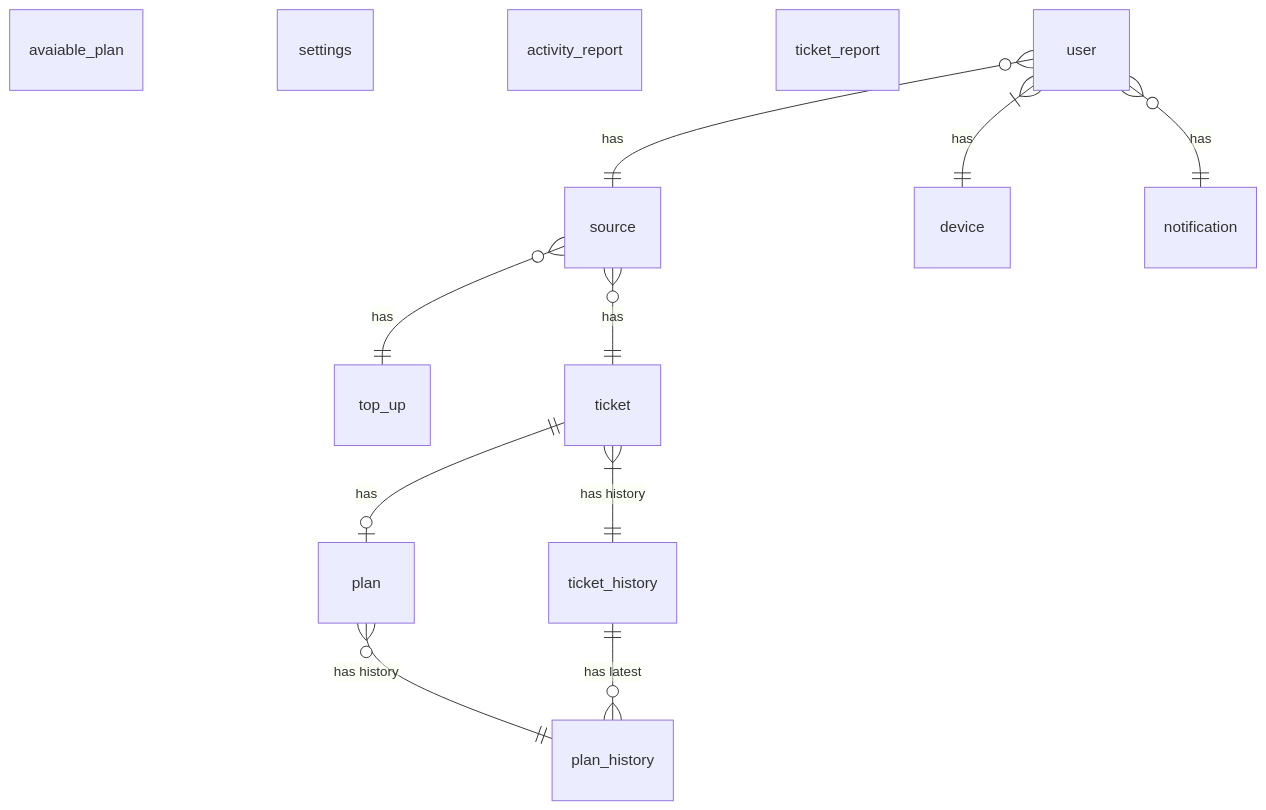
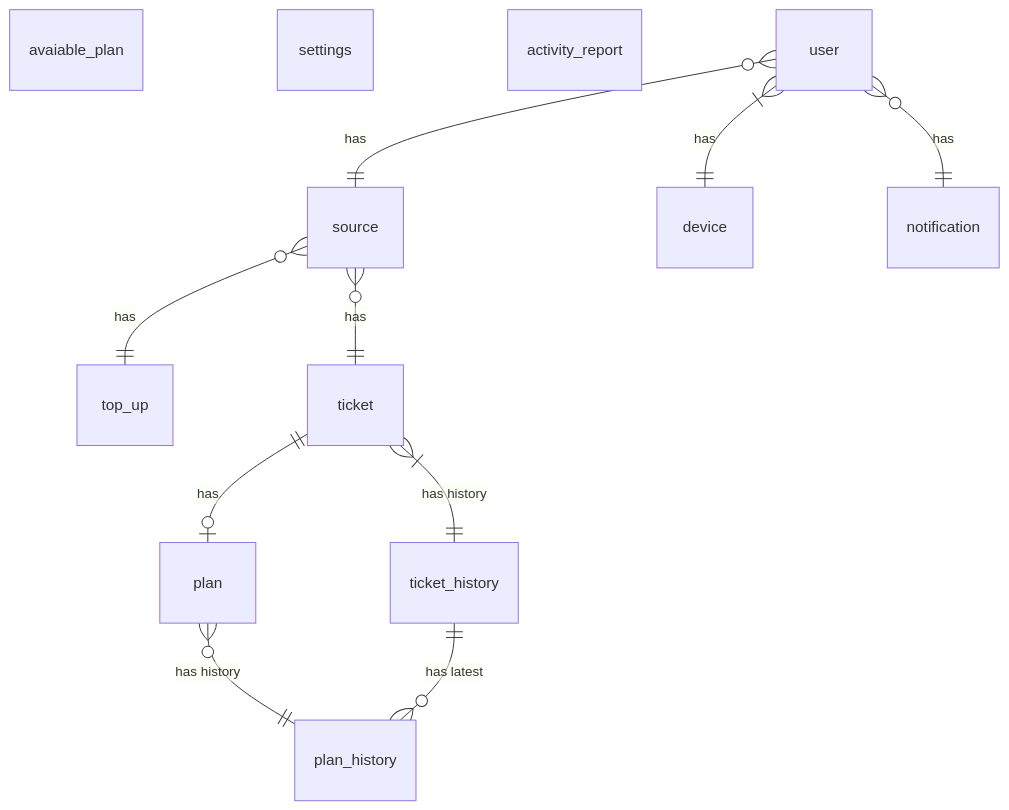
Before and after one commit to coinhub-uit/coinhub-uit.github.io: the second of 2 diagrams in docs/diagrams/database/activity-report.md, drawn with Mermaid. The commit also changed other lines of this file and 1 other file, not shown here.

Commit message:
fix(db-report): wrong sth

````diff
--- a/docs/diagrams/database/activity-report.md
+++ b/docs/diagrams/database/activity-report.md
@@ -26,17 +23,16 @@
 ```mermaid
 erDiagram
   avaiable_plan
   settings
   activity_report
-  ticket_report
 
   user }o--|| source : "has"
   user }|--|| device : "has"
   user }o--|| notification : "has"
   source }o--|| top_up : "has"
   plan }o--|| plan_history : "has history"
   ticket }|--|| ticket_history : "has history"
   ticket ||--|o plan: "has"
   ticket_history ||--}o plan_history : "has latest"
   source }o--|| ticket : "has"
 ```
````
